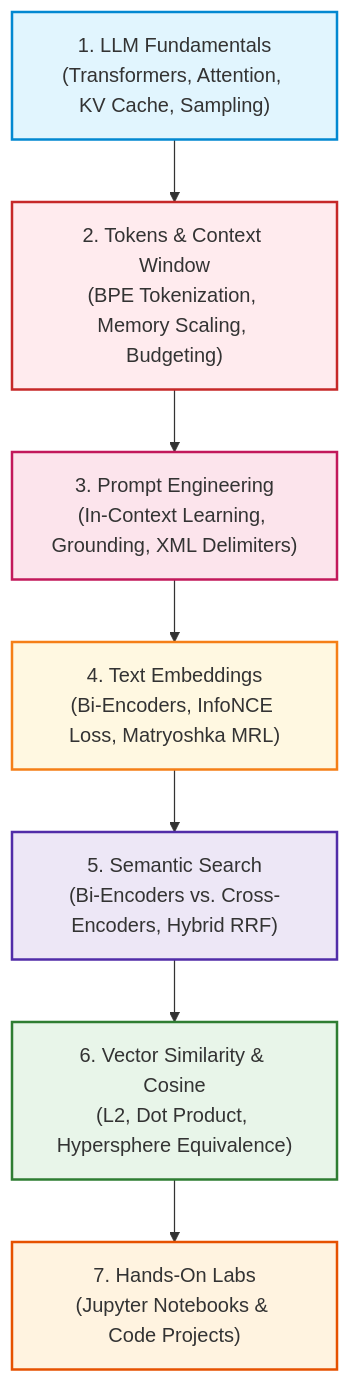
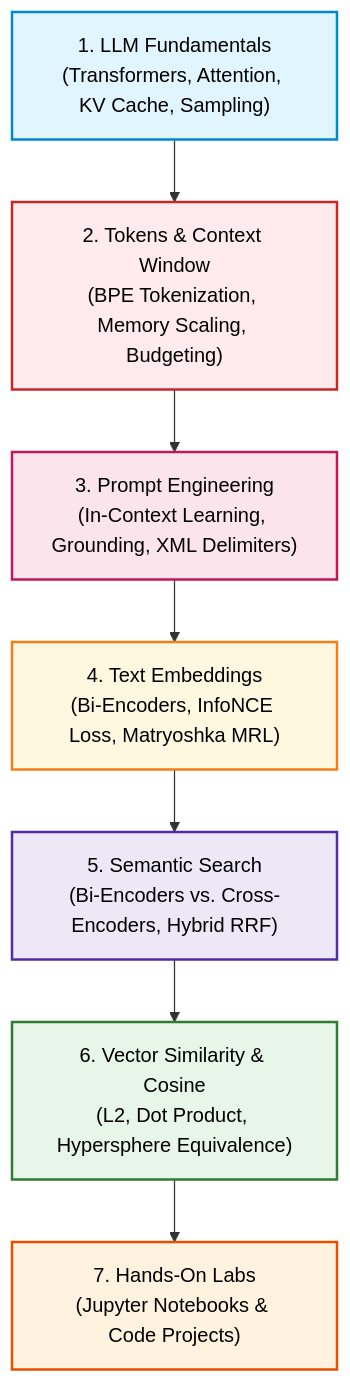
One commit to swapnil3104/RAG-Engineering changed the diagram in 01-RAG-Fundamentals/README.md. Above: the diagram before and after it, drawn with Mermaid. The commit also changed 108 other files, not shown here.

Commit message:
fix: make chart text visible across all Mermaid diagrams and resolve markdown table formatting issues

````diff
--- a/01-RAG-Fundamentals/README.md
+++ b/01-RAG-Fundamentals/README.md
@@ -24,17 +24,17 @@
 ```mermaid
 flowchart TD
     M1["1. LLM Fundamentals<br/>(Transformers, Attention, KV Cache, Sampling)"] --> M2["2. Tokens & Context Window<br/>(BPE Tokenization, Memory Scaling, Budgeting)"]
     M2 --> M3["3. Prompt Engineering<br/>(In-Context Learning, Grounding, XML Delimiters)"]
     M3 --> M4["4. Text Embeddings<br/>(Bi-Encoders, InfoNCE Loss, Matryoshka MRL)"]
     M4 --> M5["5. Semantic Search<br/>(Bi-Encoders vs. Cross-Encoders, Hybrid RRF)"]
     M5 --> M6["6. Vector Similarity & Cosine<br/>(L2, Dot Product, Hypersphere Equivalence)"]
     M6 --> M7["7. Hands-On Labs<br/>(Jupyter Notebooks & Code Projects)"]
 
-    style M1 fill:#e1f5fe,stroke:#0288d1,stroke-width:2px
-    style M2 fill:#ffebee,stroke:#c62828,stroke-width:2px
-    style M3 fill:#fce4ec,stroke:#c2185b,stroke-width:2px
-    style M4 fill:#fff8e1,stroke:#f57f17,stroke-width:2px
-    style M5 fill:#ede7f6,stroke:#512da8,stroke-width:2px
-    style M6 fill:#e8f5e9,stroke:#2e7d32,stroke-width:2px
-    style M7 fill:#fff3e0,stroke:#e65100,stroke-width:2px
+    style M1 fill:#e1f5fe,stroke:#0288d1,stroke-width:2px,color:#000000
+    style M2 fill:#ffebee,stroke:#c62828,stroke-width:2px,color:#000000
+    style M3 fill:#fce4ec,stroke:#c2185b,stroke-width:2px,color:#000000
+    style M4 fill:#fff8e1,stroke:#f57f17,stroke-width:2px,color:#000000
+    style M5 fill:#ede7f6,stroke:#512da8,stroke-width:2px,color:#000000
+    style M6 fill:#e8f5e9,stroke:#2e7d32,stroke-width:2px,color:#000000
+    style M7 fill:#fff3e0,stroke:#e65100,stroke-width:2px,color:#000000
 ```
````
